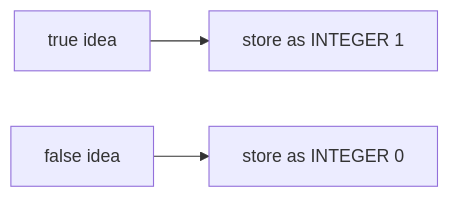
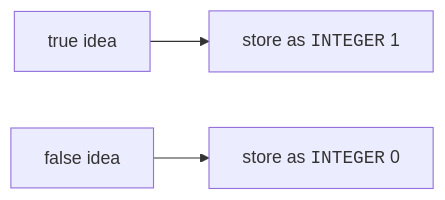
One commit to dataslope/dataslope changed the fifth of 6 diagrams in content/courses/sqlite-for-beginners/data-types.mdx. Above: the diagram before and after it, drawn with Mermaid. The commit also changed other lines of this file and 283 other files, not shown here.

First line of the commit message:
Diagrams as elements, not characters: fix the box model, sweep the corpus, and make syntax breakdowns a convention (#652)

````diff
--- a/content/courses/sqlite-for-beginners/data-types.mdx
+++ b/content/courses/sqlite-for-beginners/data-types.mdx
@@ -204,5 +214,5 @@
 ```mermaid
 flowchart LR
-    TRUE["true idea"] --> ONE["store as INTEGER 1"]
-    FALSE["false idea"] --> ZERO["store as INTEGER 0"]
+    TRUE["true idea"] --> ONE["store as <code>INTEGER</code> 1"]
+    FALSE["false idea"] --> ZERO["store as <code>INTEGER</code> 0"]
 ```
````
